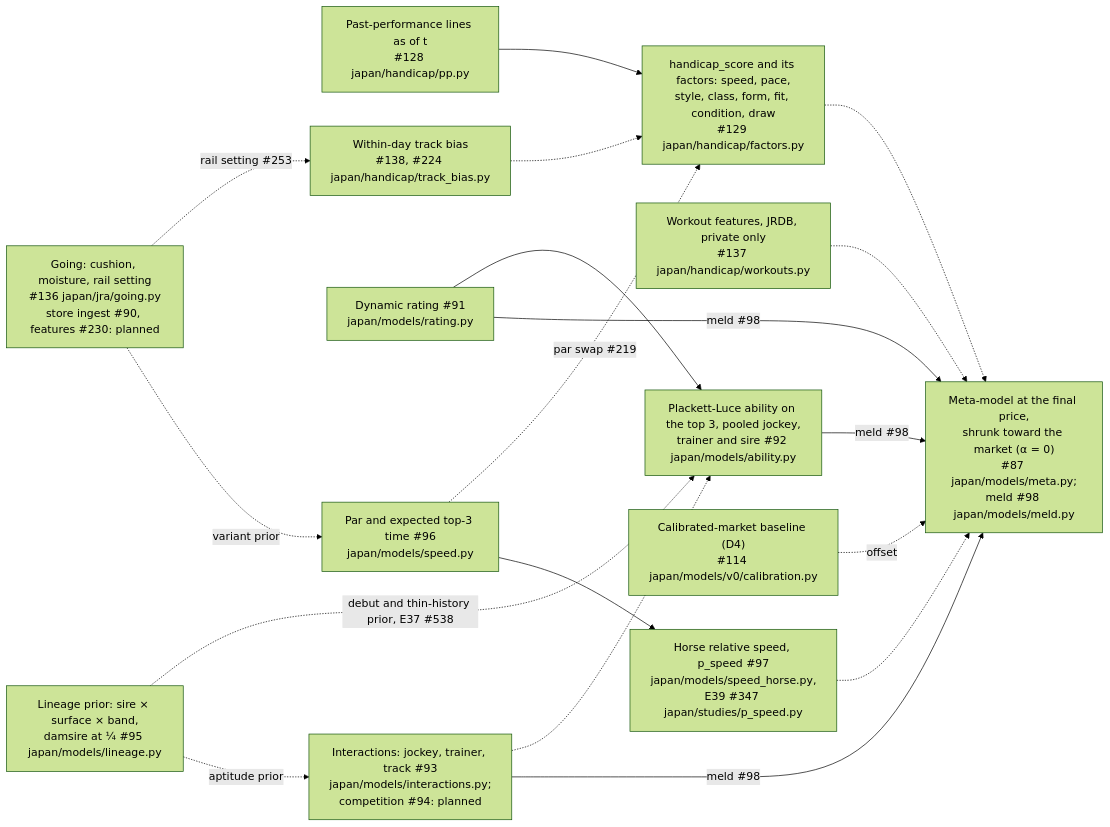
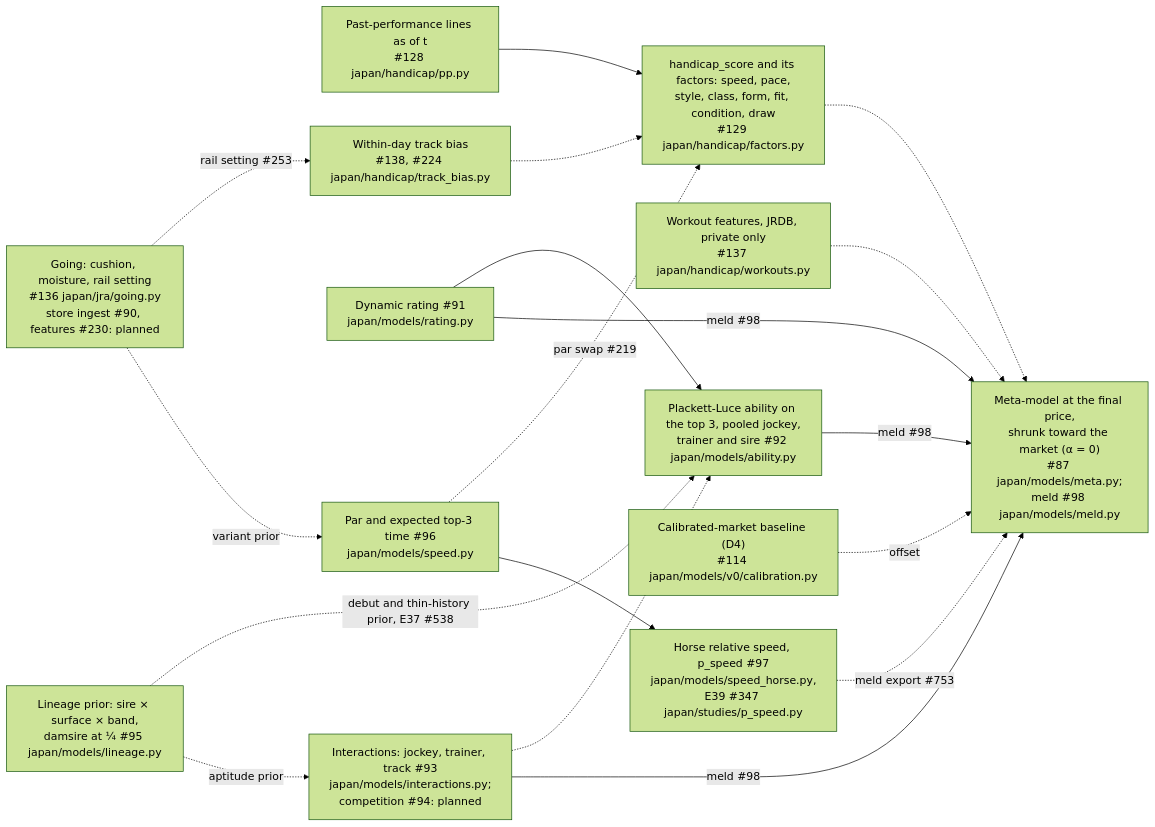
One commit to rjeskuri/HorseTrackBetting changed the third of 6 diagrams in docs/modeling.md. Above: the diagram before and after it, drawn with Mermaid (forest theme). The commit also changed other lines of this file and 4 other files, not shown here.

````diff
--- a/docs/modeling.md
+++ b/docs/modeling.md
@@ -142,33 +142,33 @@
 ```mermaid
 flowchart LR
     PP["Past-performance lines as of t<br/>#128 japan/handicap/pp.py"]
     HCP["handicap_score and its factors: speed, pace,<br/>style, class, form, fit, condition, draw<br/>#129 japan/handicap/factors.py"]
     WRK["Workout features, JRDB, private only<br/>#137 japan/handicap/workouts.py"]
     GOING["Going: cushion, moisture, rail setting<br/>#136 japan/jra/going.py<br/>store ingest #90, features #230: planned"]
     BIAS["Within-day track bias<br/>#138, #224 japan/handicap/track_bias.py"]
     RAT["Dynamic rating #91<br/>japan/models/rating.py"]
     INT["Interactions: jockey, trainer, track #93<br/>japan/models/interactions.py;<br/>competition #94: planned"]
     LIN["Lineage prior: sire × surface × band,<br/>damsire at ¼ #95 japan/models/lineage.py"]
     PL["Plackett-Luce ability on the top 3, pooled jockey,<br/>trainer and sire #92 japan/models/ability.py"]
     PAR["Par and expected top-3 time #96<br/>japan/models/speed.py"]
     PSPD["Horse relative speed, p_speed #97<br/>japan/models/speed_horse.py,<br/>E39 #347 japan/studies/p_speed.py"]
     MKT["Calibrated-market baseline (D4)<br/>#114 japan/models/v0/calibration.py"]
     META["Meta-model at the final price,<br/>shrunk toward the market (α = 0)<br/>#87 japan/models/meta.py;<br/>meld #98 japan/models/meld.py"]
     PP --> HCP
     BIAS -.-> HCP
     PAR -.->|"par swap #219"| HCP
     GOING -.->|"rail setting #253"| BIAS
     GOING -.->|"variant prior"| PAR
     PAR --> PSPD
     RAT --> PL
     INT -.-> PL
     LIN -.->|"debut and thin-history prior, E37 #538"| PL
     LIN -.->|"aptitude prior"| INT
     MKT -.->|"offset"| META
     HCP -.-> META
     WRK -.-> META
     RAT -->|"meld #98"| META
     PL -->|"meld #98"| META
     INT -->|"meld #98"| META
-    PSPD -.-> META
+    PSPD -.->|"meld export #753"| META
 ```
````
